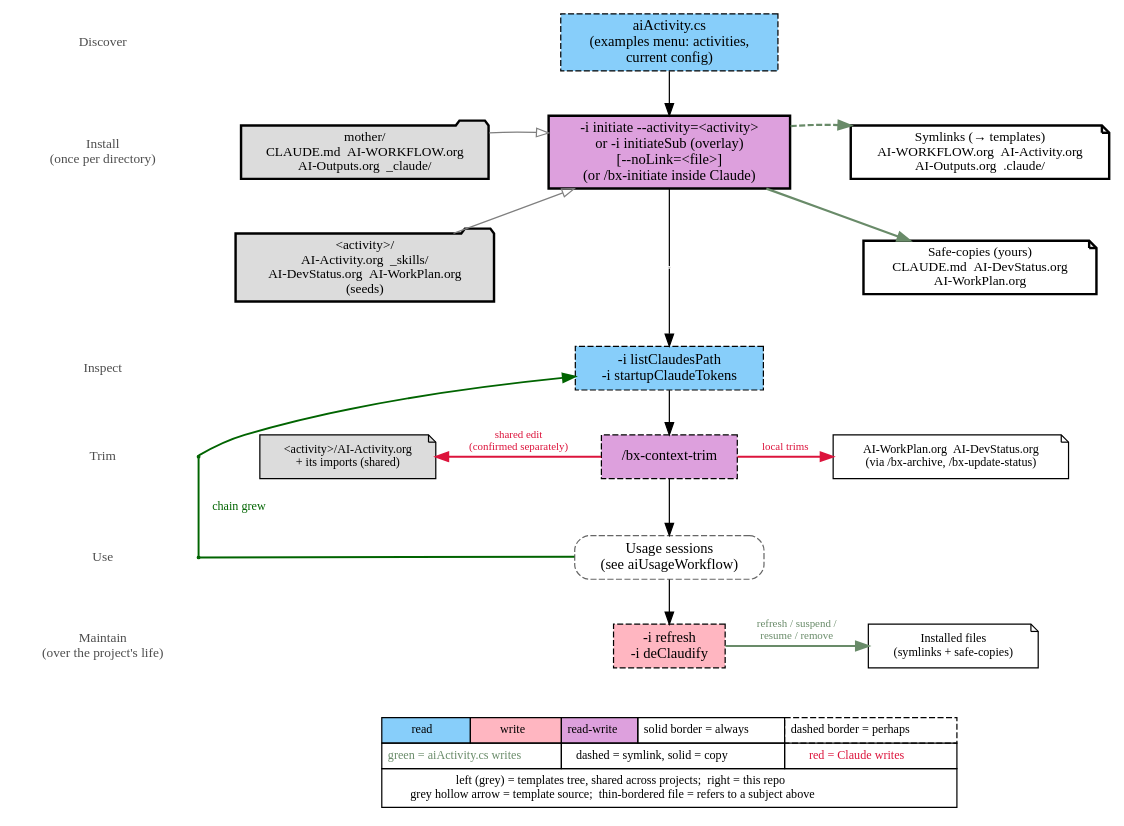
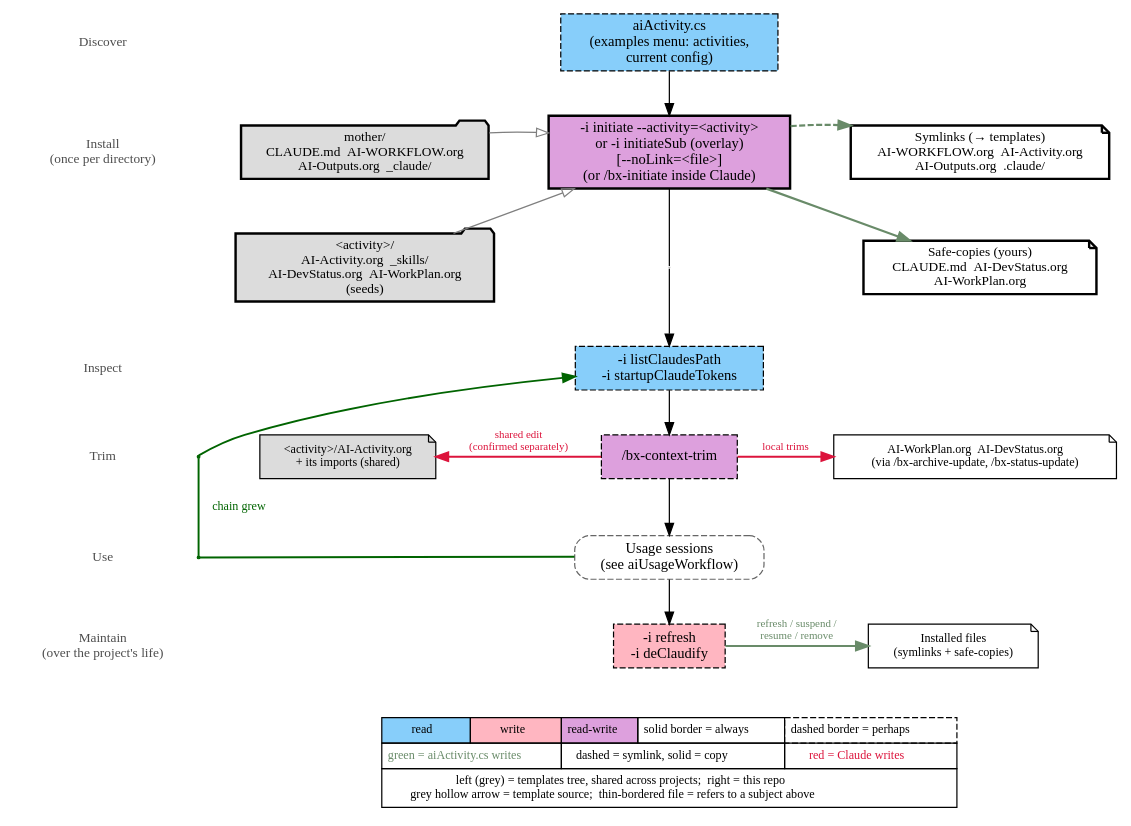
Before and after one commit to bisos/defaults: the diagram in ai-templates/_nonTemplate_/images/aiStartupWorkflow.gv, drawn with Graphviz. The commit also changed 32 other files, not shown here.

First line of the commit message:
All slash commands now follow subject-then-verb: bx-status-read / bx-status-update and bx-archive-read / bx-archive-update replace bx-status, bx-update-status, bx-import-archive and bx-archive, and the new bx-session-verify checks before closing that a session's records and commits are complete.

```diff
--- a/ai-templates/_nonTemplate_/images/aiStartupWorkflow.gv
+++ b/ai-templates/_nonTemplate_/images/aiStartupWorkflow.gv
@@ -1,119 +1,119 @@
 digraph {
 	nodesep=0.35 rankdir=TB ranksep=0.5
 	node [fontsize=12]
 	lyr_discover [label=Discover fontcolor=gray30 fontsize=11 group=labels shape=plaintext]
 	lyr_install [label="Install
 (once per directory)" fontcolor=gray30 fontsize=11 group=labels shape=plaintext]
 	lyr_install2 [label="" fontcolor=gray30 fontsize=11 group=labels shape=plaintext]
 	lyr_inspect [label=Inspect fontcolor=gray30 fontsize=11 group=labels shape=plaintext]
 	lyr_trim [label=Trim fontcolor=gray30 fontsize=11 group=labels shape=plaintext]
 	lyr_usage [label=Use fontcolor=gray30 fontsize=11 group=labels shape=plaintext]
 	lyr_maintain [label="Maintain
 (over the project's life)" fontcolor=gray30 fontsize=11 group=labels shape=plaintext]
 	lyr_discover -> lyr_install [style=invis]
 	lyr_install -> lyr_install2 [style=invis]
 	lyr_install2 -> lyr_inspect [style=invis]
 	lyr_inspect -> lyr_trim [style=invis]
 	lyr_trim -> lyr_usage [style=invis]
 	lyr_usage -> lyr_maintain [style=invis]
 	{
 		rank=same
 		lyr_discover
 		discover [label="aiActivity.cs
 (examples menu: activities,
 current config)" fillcolor=lightskyblue group=spine shape=rectangle style="filled,dashed"]
 	}
 	{
 		rank=same
 		lyr_install
 		tplMother [label="mother/
 CLAUDE.md  AI-WORKFLOW.org
 AI-Outputs.org  _claude/" fillcolor=gainsboro fontsize=11 group=templates shape=folder style="filled,bold"]
 		install [label="-i initiate --activity=<activity>
 or -i initiateSub (overlay)
 [--noLink=<file>]
 (or /bx-initiate inside Claude)" fillcolor=plum group=spine shape=rectangle style="filled,bold"]
 		subjLinks [label="Symlinks (→ templates)
 AI-WORKFLOW.org  AI-Activity.org
 AI-Outputs.org  .claude/" fillcolor=white fontsize=11 group=subjects shape=note style="filled,bold"]
 	}
 	{
 		rank=same
 		lyr_install2
 		tplActivity [label="<activity>/
 AI-Activity.org  _skills/
 AI-DevStatus.org  AI-WorkPlan.org
 (seeds)" fillcolor=gainsboro fontsize=11 group=templates shape=folder style="filled,bold"]
 		install2 [label="" color=gray70 group=spine shape=point width=0.01]
 		subjCopies [label="Safe-copies (yours)
 CLAUDE.md  AI-DevStatus.org
 AI-WorkPlan.org" fillcolor=white fontsize=11 group=subjects shape=note style="filled,bold"]
 	}
 	{
 		rank=same
 		lyr_inspect
 		inspect [label="-i listClaudesPath
 -i startupClaudeTokens" fillcolor=lightskyblue group=spine shape=rectangle style="filled,dashed"]
 	}
 	{
 		rank=same
 		lyr_trim
 		loopViaTrim [label="" color=darkgreen group=loop shape=point width=0.03]
 		refShared [label="<activity>/AI-Activity.org
 + its imports (shared)" fillcolor=gainsboro fontsize=10 shape=note style=filled]
 		trim [label="/bx-context-trim" fillcolor=plum group=spine shape=rectangle style="filled,dashed"]
 		refLocal [label="AI-WorkPlan.org  AI-DevStatus.org
-(via /bx-archive, /bx-update-status)" fillcolor=white fontsize=10 shape=note style=filled]
+(via /bx-archive-update, /bx-status-update)" fillcolor=white fontsize=10 shape=note style=filled]
 	}
 	{
 		rank=same
 		lyr_usage
 		loopViaUse [label="" color=darkgreen group=loop shape=point width=0.03]
 		usage [label="Usage sessions
 (see aiUsageWorkflow)" color=gray40 group=spine shape=rectangle style="rounded,dashed"]
 	}
 	{
 		rank=same
 		lyr_maintain
 		maintain [label="-i refresh
 -i deClaudify" fillcolor=lightpink group=spine shape=rectangle style="filled,dashed"]
 		refInstalled [label="Installed files
 (symlinks + safe-copies)" fillcolor=white fontsize=10 shape=note style=filled]
 	}
 	lyr_install -> tplMother [style=invis]
 	tplMother -> install [style=invis]
 	install -> subjLinks [style=invis]
 	lyr_install2 -> tplActivity [style=invis]
 	tplActivity -> install2 [style=invis]
 	install2 -> subjCopies [style=invis]
 	lyr_trim -> loopViaTrim [style=invis]
 	loopViaTrim -> refShared [style=invis]
 	refShared -> trim [style=invis]
 	trim -> refLocal [style=invis]
 	lyr_usage -> loopViaUse [style=invis]
 	loopViaUse -> usage [style=invis]
 	lyr_maintain -> maintain [style=invis]
 	maintain -> refInstalled [style=invis]
 	tplMother -> tplActivity [style=invis]
 	subjLinks -> subjCopies [style=invis]
 	discover -> install
 	install -> install2 [arrowhead=none]
 	install2 -> inspect
 	inspect -> trim
 	trim -> usage
 	usage -> maintain
 	tplMother -> install [arrowhead=empty color=gray50 constraint=false]
 	tplActivity -> install [arrowhead=empty color=gray50 constraint=false]
 	install -> subjLinks [color=darkseagreen4 constraint=false penwidth=1.8 style=dashed]
 	install -> subjCopies [color=darkseagreen4 constraint=false penwidth=1.8]
 	maintain -> refInstalled [label=" refresh / suspend / 
  resume / remove " color=darkseagreen4 constraint=false fontcolor=darkseagreen4 fontsize=9 penwidth=1.8]
 	refShared -> trim [label=" shared edit 
  (confirmed separately) " color=crimson constraint=false dir=back fontcolor=crimson fontsize=9 penwidth=1.6]
 	trim -> refLocal [label=" local trims " color=crimson constraint=false fontcolor=crimson fontsize=9 penwidth=1.6]
 	inspect -> loopViaTrim [color=darkgreen dir=back penwidth=1.6]
 	loopViaTrim -> loopViaUse [label="  chain grew  " color=darkgreen dir=none fontcolor=darkgreen fontsize=10 penwidth=1.6]
 	loopViaUse -> usage [color=darkgreen dir=none penwidth=1.6]
 	legend [label=<<TABLE BORDER="0" CELLBORDER="1" CELLSPACING="0" CELLPADDING="4"><TR><TD BGCOLOR="lightskyblue">read</TD><TD BGCOLOR="lightpink">write</TD><TD BGCOLOR="plum">read-write</TD><TD>solid border = always</TD><TD STYLE="dashed">dashed border = perhaps</TD></TR><TR><TD COLSPAN="2"><FONT COLOR="darkseagreen4">green = aiActivity.cs writes</FONT></TD><TD COLSPAN="2">dashed = symlink, solid = copy</TD><TD><FONT COLOR="crimson">red = Claude writes</FONT></TD></TR><TR><TD COLSPAN="5">left (grey) = templates tree, shared across projects;  right = this repo<BR/>grey hollow arrow = template source;  thin-bordered file = refers to a subject above</TD></TR></TABLE>> fontsize=10 shape=plaintext]
 	maintain -> legend [style=invis]
 }
```
